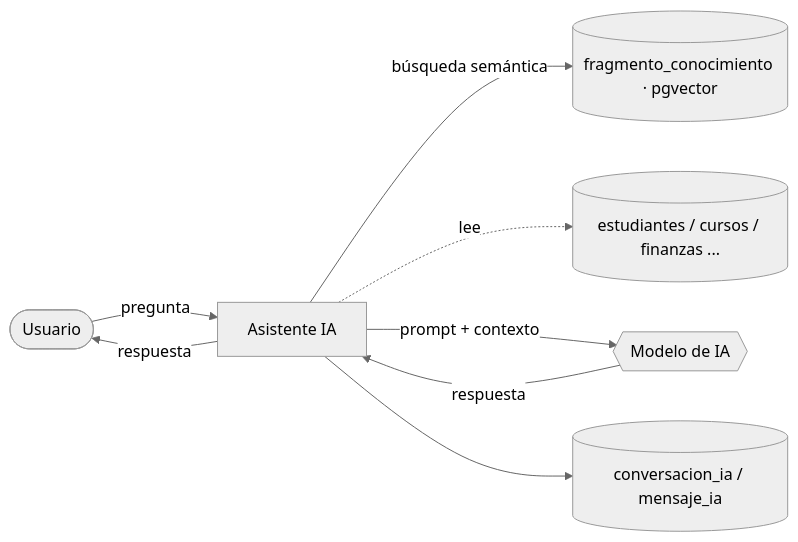
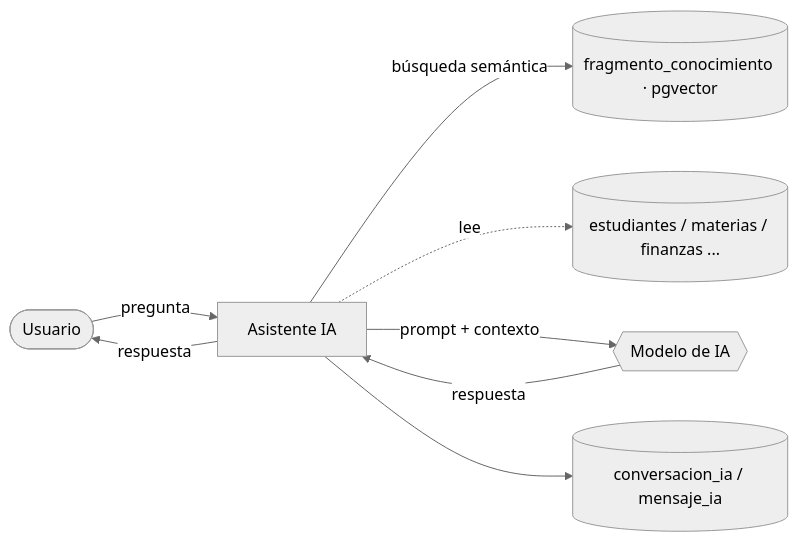
Before and after one commit to Dauris11/global-effect-nexus-v2: the sixth of 6 diagrams in docs/04-modelo-de-datos/diagrama-flujo-datos.md, drawn with Mermaid (neutral theme). The commit also changed other lines of this file and 95 other files, not shown here.

````diff
--- a/docs/04-modelo-de-datos/diagrama-flujo-datos.md
+++ b/docs/04-modelo-de-datos/diagrama-flujo-datos.md
@@ -186,10 +186,10 @@
 ```mermaid
 flowchart LR
   U([Usuario]) -->|pregunta| P[Asistente IA]
   P -->|búsqueda semántica| FRAG[(fragmento_conocimiento · pgvector)]
-  P -.lee.-> DATOS[(estudiantes / cursos / finanzas ...)]
+  P -.lee.-> DATOS[(estudiantes / materias / finanzas ...)]
   P -->|prompt + contexto| IA{{Modelo de IA}}
   IA -->|respuesta| P
   P --> MSG[(conversacion_ia / mensaje_ia)]
   P -->|respuesta| U
 ```
````
